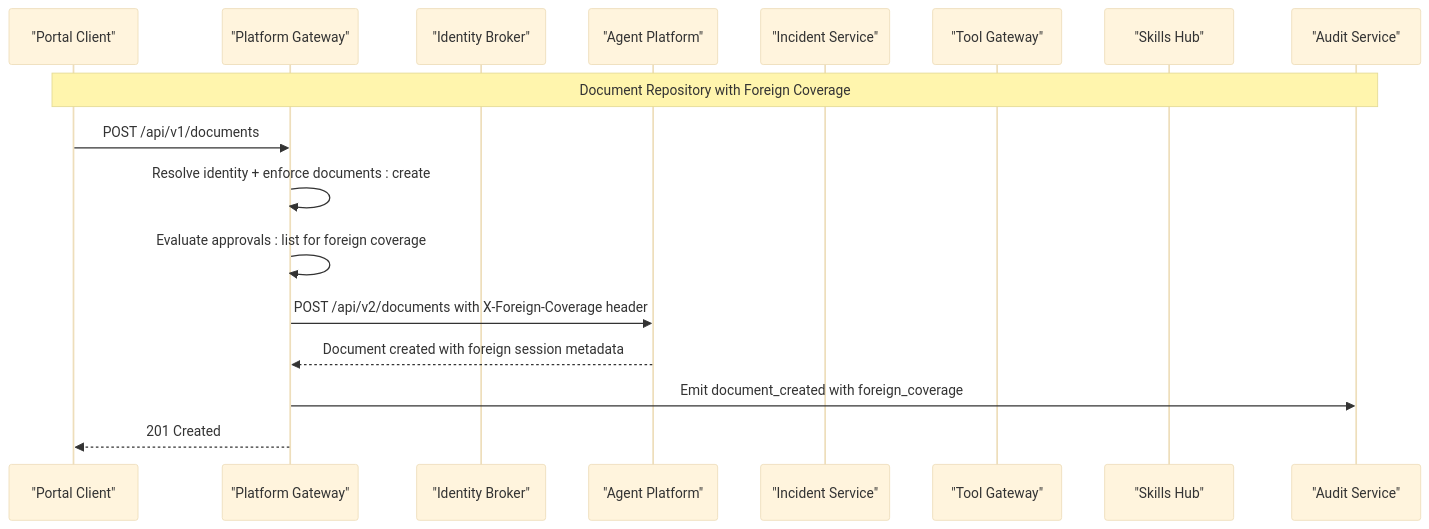
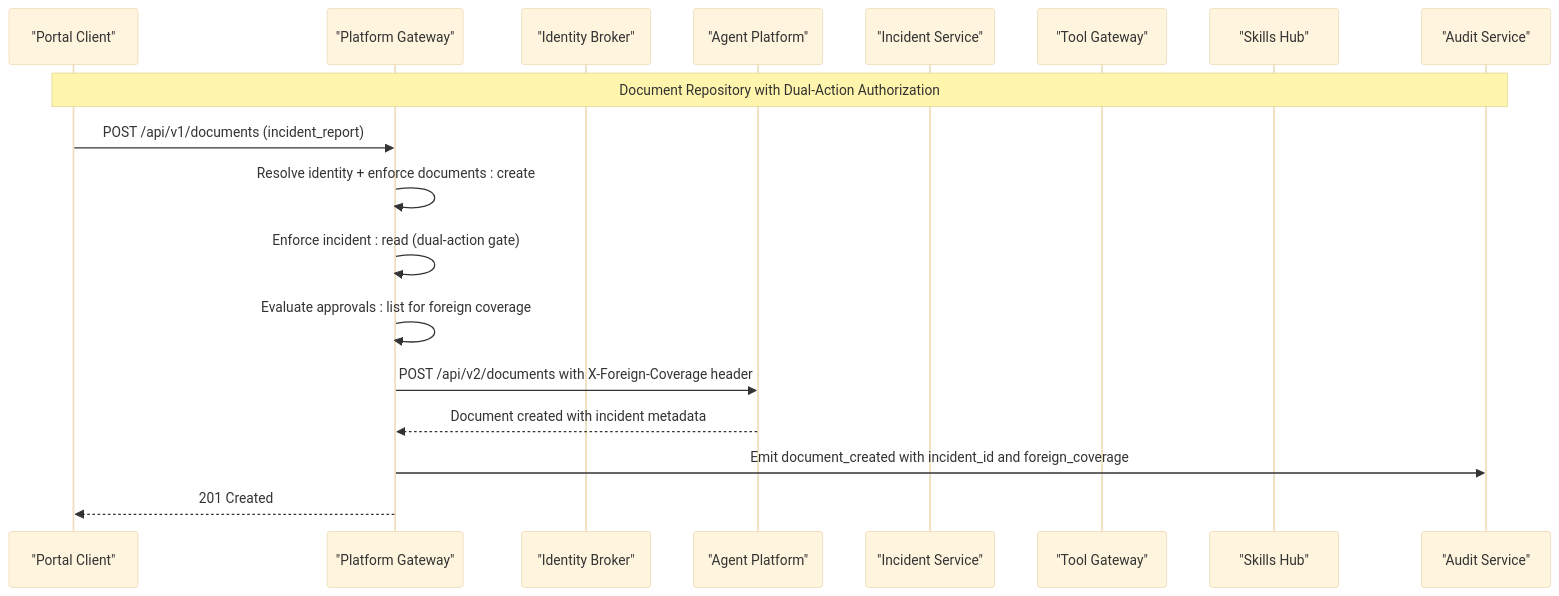
One commit to metasync/luban-aiops changed the second of 15 diagrams in .qoder/repowiki/en/content/Architecture Documentation/Platform Gateway Service.md. Above: the diagram before and after it, drawn with Mermaid (base theme). The commit also changed other lines of this file and 72 other files, not shown here.

````diff
--- a/.qoder/repowiki/en/content/Architecture Documentation/Platform Gateway Service.md
+++ b/.qoder/repowiki/en/content/Architecture Documentation/Platform Gateway Service.md
@@ -255,19 +258,20 @@
 ```mermaid
 sequenceDiagram
 participant Portal as "Portal Client"
 participant GW as "Platform Gateway"
 participant ID as "Identity Broker"
 participant AG as "Agent Platform"
 participant IS as "Incident Service"
 participant TG as "Tool Gateway"
 participant SH as "Skills Hub"
 participant AUD as "Audit Service"
-Note over Portal,AUD : Document Repository with Foreign Coverage
-Portal->>GW : POST /api/v1/documents
+Note over Portal,AUD : Document Repository with Dual-Action Authorization
+Portal->>GW : POST /api/v1/documents (incident_report)
 GW->>GW : Resolve identity + enforce documents : create
+GW->>GW : Enforce incident : read (dual-action gate)
 GW->>GW : Evaluate approvals : list for foreign coverage
 GW->>AG : POST /api/v2/documents with X-Foreign-Coverage header
-AG-->>GW : Document created with foreign session metadata
-GW->>AUD : Emit document_created with foreign_coverage
+AG-->>GW : Document created with incident metadata
+GW->>AUD : Emit document_created with incident_id and foreign_coverage
 GW-->>Portal : 201 Created
 ```
````
